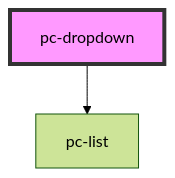
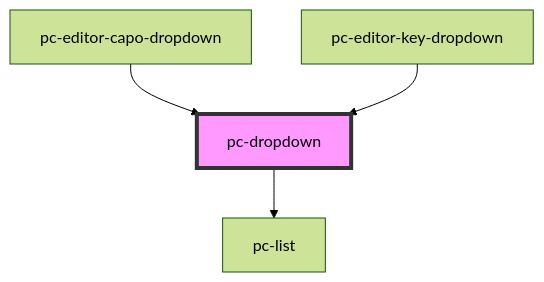
Before and after one commit to bettermusic/studio: the diagram in packages/studio-components/src/components/dropdown/readme.md, drawn with Mermaid (forest theme). The commit also changed other lines of this file and 18 other files, not shown here.

````diff
--- a/packages/studio-components/src/components/dropdown/readme.md
+++ b/packages/studio-components/src/components/dropdown/readme.md
@@ -74,5 +79,7 @@
 ```mermaid
 graph TD;
   pc-dropdown --> pc-list
+  pc-editor-capo-dropdown --> pc-dropdown
+  pc-editor-key-dropdown --> pc-dropdown
   style pc-dropdown fill:#f9f,stroke:#333,stroke-width:4px
 ```
````
